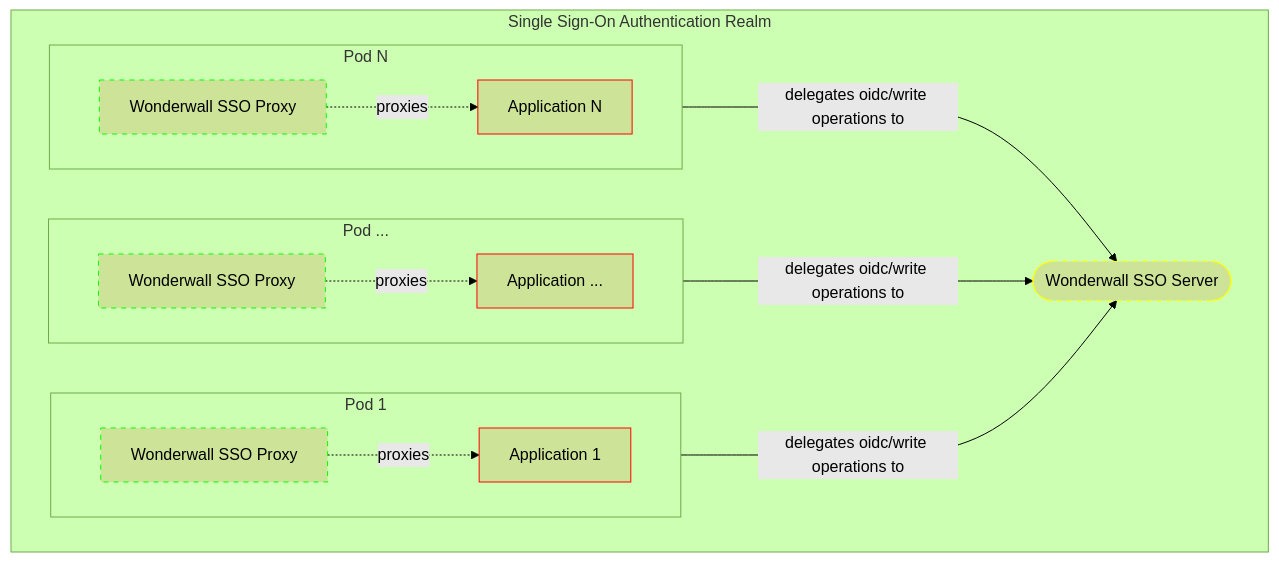
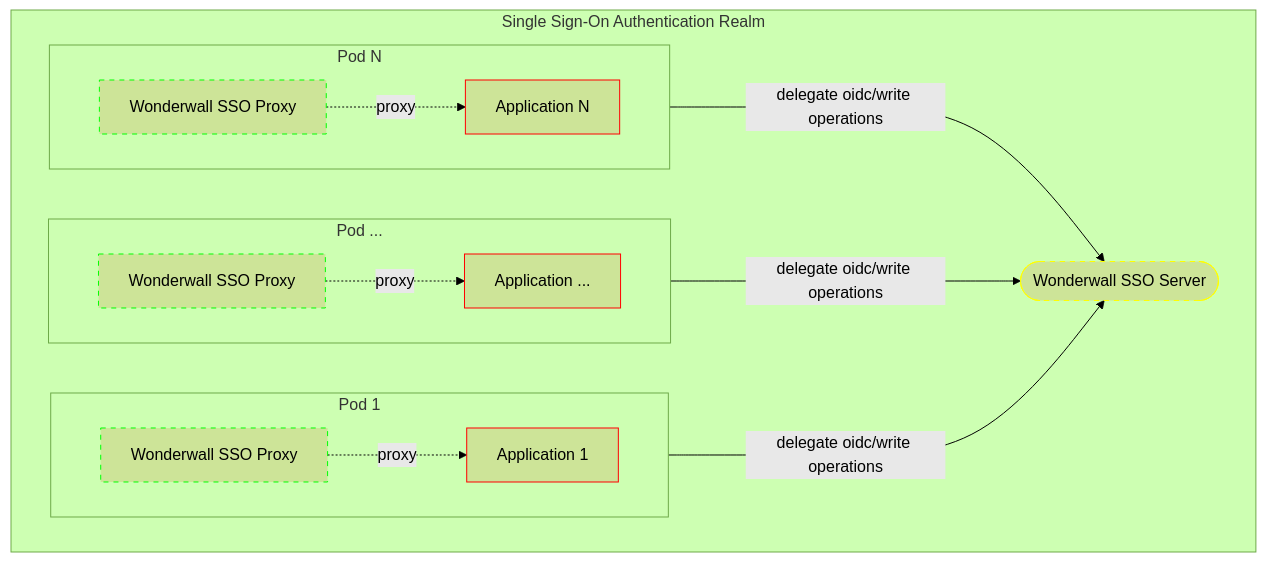
Before and after one commit to nais/wonderwall: the ninth of 9 diagrams in docs/architecture.md, drawn with Mermaid (forest theme). The commit also changed other lines of this file, not shown here.

Commit message:
docs: clean up mermaid diagram descriptions [ci skip]

````diff
--- a/docs/architecture.md
+++ b/docs/architecture.md
@@ -199,31 +199,31 @@
 ```mermaid
 graph LR
   Server([Wonderwall SSO Server])
 
   classDef Proxy stroke:#0f0,stroke-dasharray: 5
   classDef Application stroke:#f00
   style Server stroke:#ff0,stroke-dasharray: 5
 
   subgraph Single Sign-On Authentication Realm
     direction LR
 
     subgraph pod1[Pod 1]
       direction LR
-      w1[Wonderwall SSO Proxy]:::Proxy -. "proxies " .-> a1[Application 1]:::Application
+      w1[Wonderwall SSO Proxy]:::Proxy -. "proxy" .-> a1[Application 1]:::Application
     end
 
     subgraph podDot[Pod ...]
       direction LR
-      wDot[Wonderwall SSO Proxy]:::Proxy -. "proxies " .-> aDot[Application ...]:::Application
+      wDot[Wonderwall SSO Proxy]:::Proxy -. "proxy" .-> aDot[Application ...]:::Application
     end
 
     subgraph podN[Pod N]
       direction LR
-      wN[Wonderwall SSO Proxy]:::Proxy -. "proxies " .-> aN[Application N]:::Application
+      wN[Wonderwall SSO Proxy]:::Proxy -. "proxy" .-> aN[Application N]:::Application
     end
 
-    w1 -- "delegates oidc/write operations to" ---> Server
-    wDot -- "delegates oidc/write operations to" ---> Server
-    wN -- "delegates oidc/write operations to" ---> Server
+    w1 -- "delegate oidc/write operations" ---> Server
+    wDot -- "delegate oidc/write operations" ---> Server
+    wN -- "delegate oidc/write operations" ---> Server
   end
 ```
````
